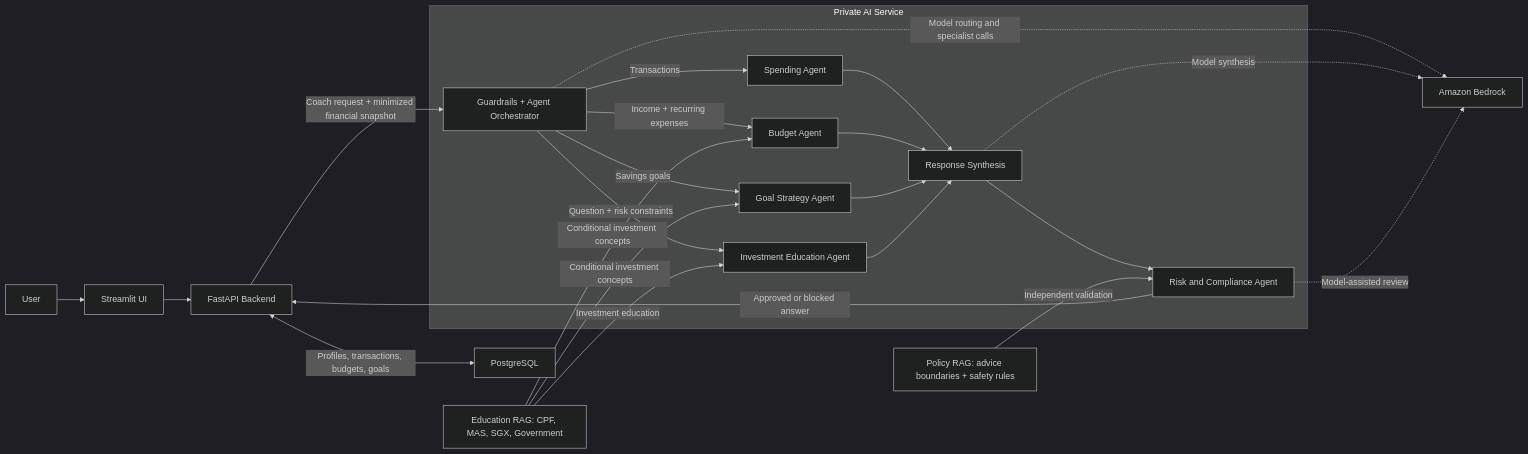
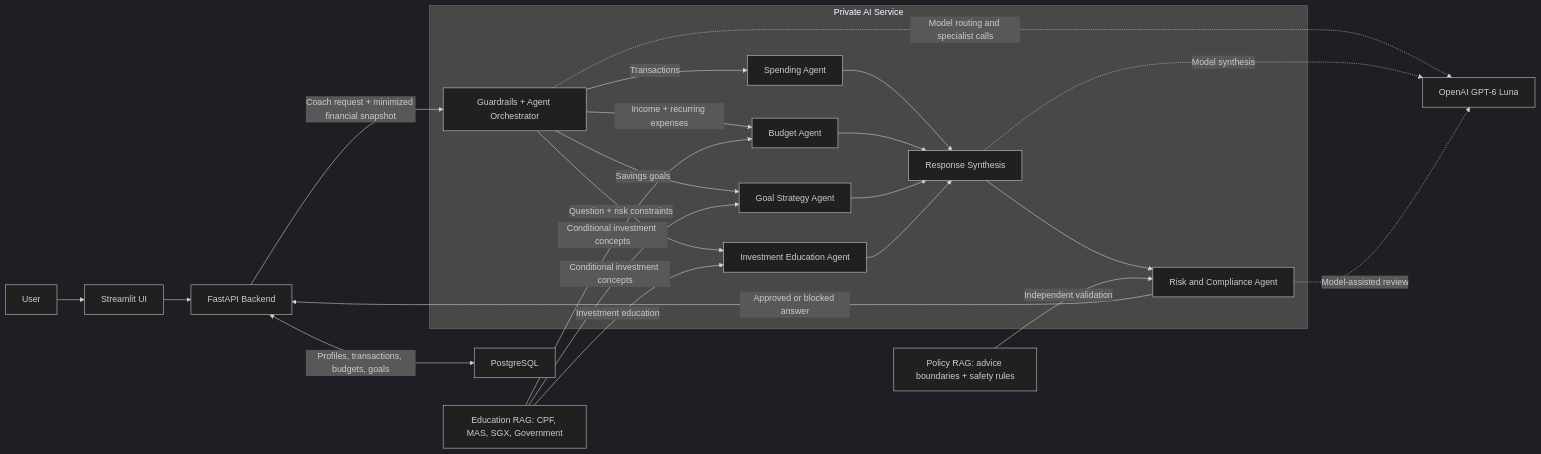
Before and after one commit to Seanleng99/nus-iss-ais-team9: the first of 2 diagrams in docs/architecture.md, drawn with Mermaid (dark theme). The commit also changed other lines of this file and 46 other files, not shown here.

Commit message:
feat(ai): switch to GPT-6 Luna via OpenAI SDK

````diff
--- a/docs/architecture.md
+++ b/docs/architecture.md
@@ -5,37 +5,37 @@
 ```mermaid
 flowchart LR
   User["User"] --> UI["Streamlit UI"]
   UI --> Backend["FastAPI Backend"]
   Backend <-->|"Profiles, transactions, budgets, goals"| PG["PostgreSQL"]
 
   subgraph AI["Private AI Service"]
     Orchestrator["Guardrails + Agent Orchestrator"]
     Spending["Spending Agent"]
     Budget["Budget Agent"]
     Goal["Goal Strategy Agent"]
     Invest["Investment Education Agent"]
     Synthesis["Response Synthesis"]
     Compliance["Risk and Compliance Agent"]
 
     Orchestrator -->|"Transactions"| Spending
     Orchestrator -->|"Income + recurring expenses"| Budget
     Orchestrator -->|"Savings goals"| Goal
     Orchestrator -->|"Question + risk constraints"| Invest
     Spending --> Synthesis
     Budget --> Synthesis
     Goal --> Synthesis
     Invest --> Synthesis
     Synthesis --> Compliance
   end
 
   Backend -->|"Coach request + minimized financial snapshot"| Orchestrator
   EducationRAG["Education RAG: CPF, MAS, SGX, Government"] -->|"Investment education"| Invest
   EducationRAG -->|"Conditional investment concepts"| Budget
   EducationRAG -->|"Conditional investment concepts"| Goal
   PolicyRAG["Policy RAG: advice boundaries + safety rules"] -->|"Independent validation"| Compliance
   Compliance -->|"Approved or blocked answer"| Backend
 
-  Orchestrator -. "Model routing and specialist calls" .-> Bedrock["Amazon Bedrock"]
-  Synthesis -. "Model synthesis" .-> Bedrock
-  Compliance -. "Model-assisted review" .-> Bedrock
+  Orchestrator -. "Model routing and specialist calls" .-> OpenAI["OpenAI GPT-6 Luna"]
+  Synthesis -. "Model synthesis" .-> OpenAI
+  Compliance -. "Model-assisted review" .-> OpenAI
 ```
````
